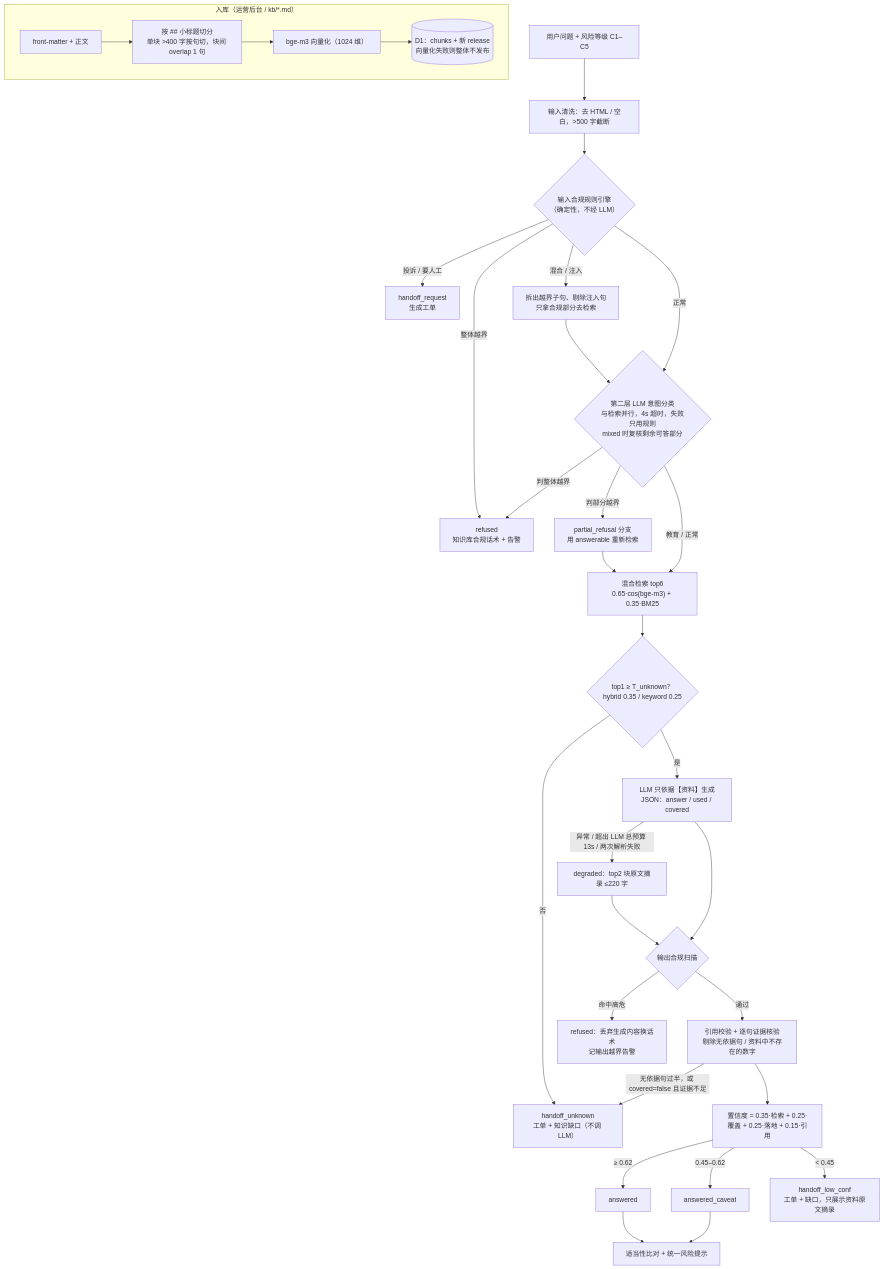
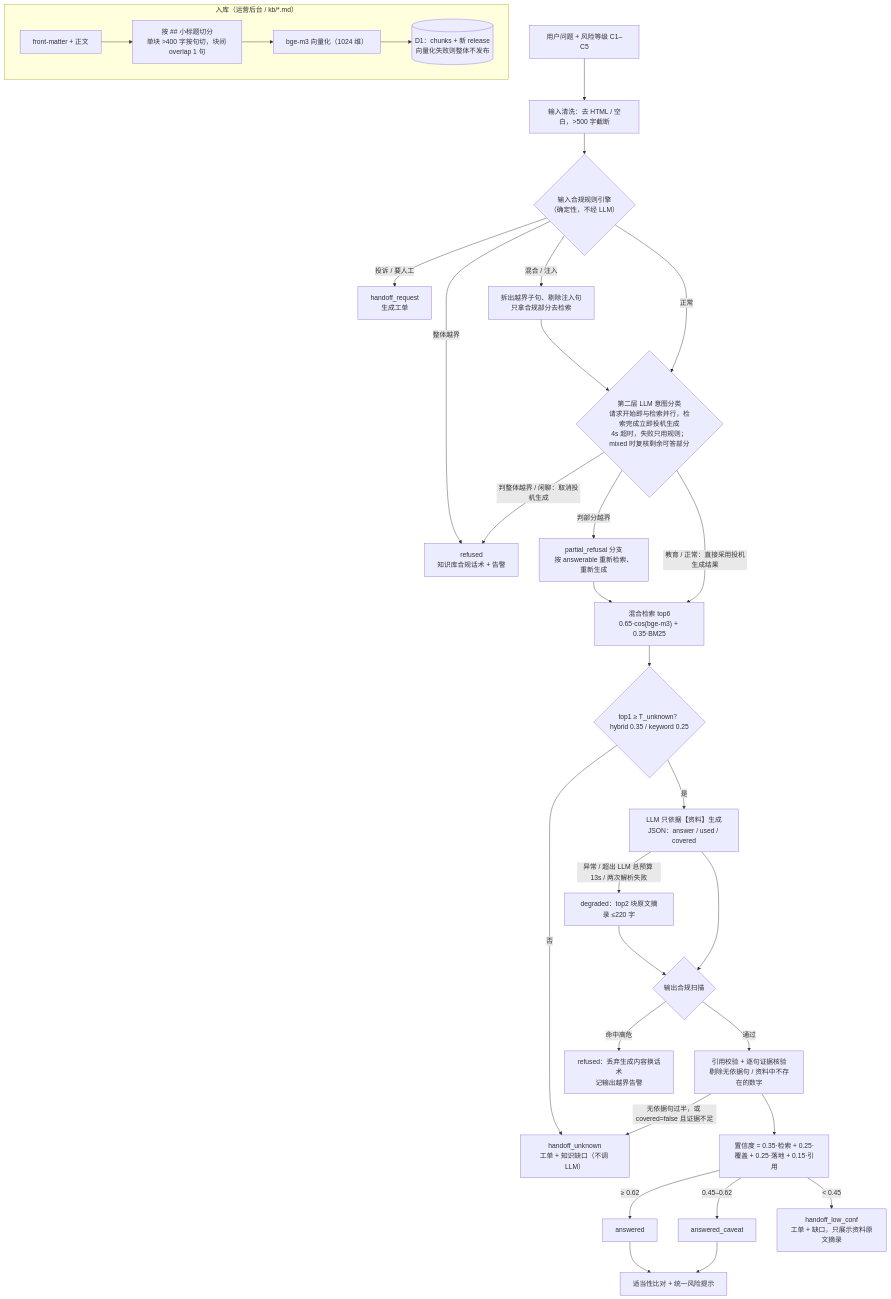
One commit to Neal122234/youju-ai-advisor-qa changed the diagram in README.md. Above: the diagram before and after it, drawn with Mermaid. The commit also changed other lines of this file and 31 other files, not shown here.

````diff
--- a/README.md
+++ b/README.md
@@ -98,35 +98,35 @@
 ```mermaid
 flowchart TD
   subgraph KB["入库（运营后台 / kb/*.md）"]
     K1["front-matter + 正文"] --> K2["按 ## 小标题切分<br/>单块 >400 字按句切，块间 overlap 1 句"]
     K2 --> K3["bge-m3 向量化（1024 维）"]
     K3 --> K4[("D1：chunks + 新 release<br/>向量化失败则整体不发布")]
   end
 
   Q["用户问题 + 风险等级 C1–C5"] --> V["输入清洗：去 HTML / 空白，>500 字截断"]
   V --> R{"输入合规规则引擎<br/>（确定性，不经 LLM）"}
   R -- "投诉 / 要人工" --> HR["handoff_request<br/>生成工单"]
   R -- "整体越界" --> RF["refused<br/>知识库合规话术 + 告警"]
   R -- "混合 / 注入" --> SP["拆出越界子句、剔除注入句<br/>只拿合规部分去检索"]
   R -- "正常" --> IC
-  SP --> IC{"第二层 LLM 意图分类<br/>与检索并行，4s 超时，失败只用规则<br/>mixed 时复核剩余可答部分"}
-  IC -- "判整体越界" --> RF
-  IC -- "判部分越界" --> SP2["partial_refusal 分支<br/>用 answerable 重新检索"]
-  IC -- "教育 / 正常" --> RET["混合检索 top6<br/>0.65·cos(bge-m3) + 0.35·BM25"]
+  SP --> IC{"第二层 LLM 意图分类<br/>请求开始即与检索并行，检索完成立即投机生成<br/>4s 超时，失败只用规则；mixed 时复核剩余可答部分"}
+  IC -- "判整体越界 / 闲聊：取消投机生成" --> RF
+  IC -- "判部分越界" --> SP2["partial_refusal 分支<br/>按 answerable 重新检索、重新生成"]
+  IC -- "教育 / 正常：直接采用投机生成结果" --> RET["混合检索 top6<br/>0.65·cos(bge-m3) + 0.35·BM25"]
   SP2 --> RET
   RET --> COV{"top1 ≥ T_unknown？<br/>hybrid 0.35 / keyword 0.25"}
   COV -- "否" --> HU["handoff_unknown<br/>工单 + 知识缺口（不调 LLM）"]
   COV -- "是" --> GEN["LLM 只依据【资料】生成<br/>JSON：answer / used / covered"]
   GEN -- "异常 / 超出 LLM 总预算 13s / 两次解析失败" --> DEG["degraded：top2 块原文摘录 ≤220 字"]
   GEN --> OUT{"输出合规扫描"}
   DEG --> OUT
   OUT -- "命中高危" --> RF2["refused：丢弃生成内容换话术<br/>记输出越界告警"]
   OUT -- "通过" --> EV["引用校验 + 逐句证据核验<br/>剔除无依据句 / 资料中不存在的数字"]
   EV -- "无依据句过半，或 covered=false 且证据不足" --> HU
   EV --> CONF["置信度 = 0.35·检索 + 0.25·覆盖 + 0.25·落地 + 0.15·引用"]
   CONF -- "≥ 0.62" --> A1["answered"]
   CONF -- "0.45–0.62" --> A2["answered_caveat"]
   CONF -- "< 0.45" --> HL["handoff_low_conf<br/>工单 + 缺口，只展示资料原文摘录"]
   A1 --> SU["适当性比对 + 统一风险提示"]
   A2 --> SU
 ```
````
